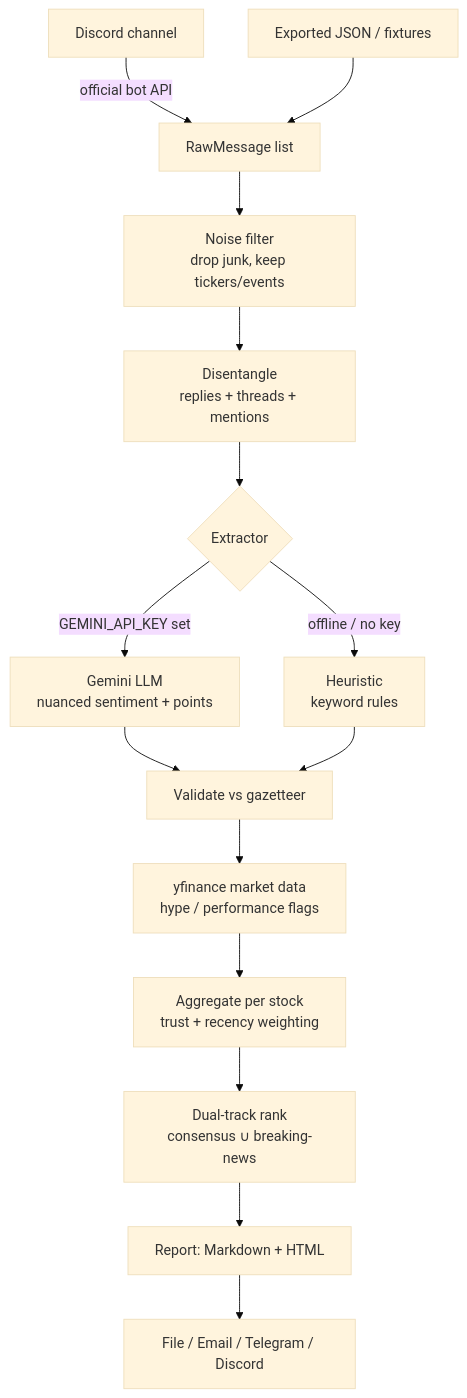
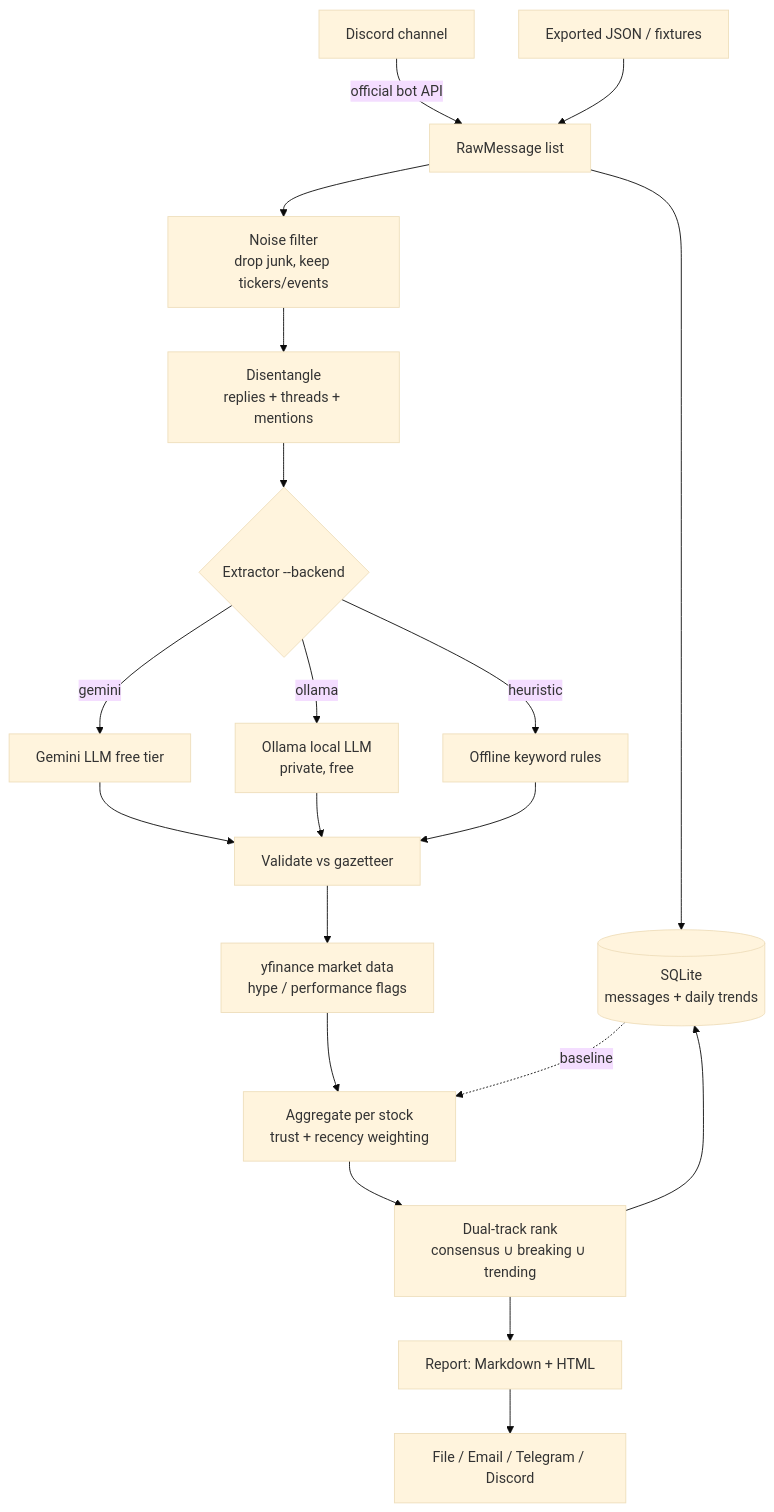
Before and after one commit to sachincse/discord-stock-digest: the diagram in README.md, drawn with Mermaid (base theme). The commit also changed other lines of this file and 15 other files, not shown here.

First line of the commit message:
Add SQLite persistence, cross-day trends, and local Ollama extractor

````diff
--- a/README.md
+++ b/README.md
@@ -75,17 +81,22 @@
 ```mermaid
 flowchart TD
     A[Discord channel] -->|official bot API| B[RawMessage list]
     A2[Exported JSON / fixtures] --> B
+    B --> S[(SQLite<br/>messages + daily trends)]
     B --> C[Noise filter<br/>drop junk, keep tickers/events]
     C --> D[Disentangle<br/>replies + threads + mentions]
-    D --> E{Extractor}
-    E -->|GEMINI_API_KEY set| F[Gemini LLM<br/>nuanced sentiment + points]
-    E -->|offline / no key| G[Heuristic<br/>keyword rules]
+    D --> E{Extractor --backend}
+    E -->|gemini| F[Gemini LLM free tier]
+    E -->|ollama| O[Ollama local LLM<br/>private, free]
+    E -->|heuristic| G[Offline keyword rules]
     F --> H[Validate vs gazetteer]
+    O --> H
     G --> H
     H --> I[yfinance market data<br/>hype / performance flags]
     I --> J[Aggregate per stock<br/>trust + recency weighting]
-    J --> K[Dual-track rank<br/>consensus ∪ breaking-news]
+    S -. baseline .-> J
+    J --> K[Dual-track rank<br/>consensus ∪ breaking ∪ trending]
     K --> L[Report: Markdown + HTML]
+    K --> S
     L --> M[File / Email / Telegram / Discord]
 ```
````
